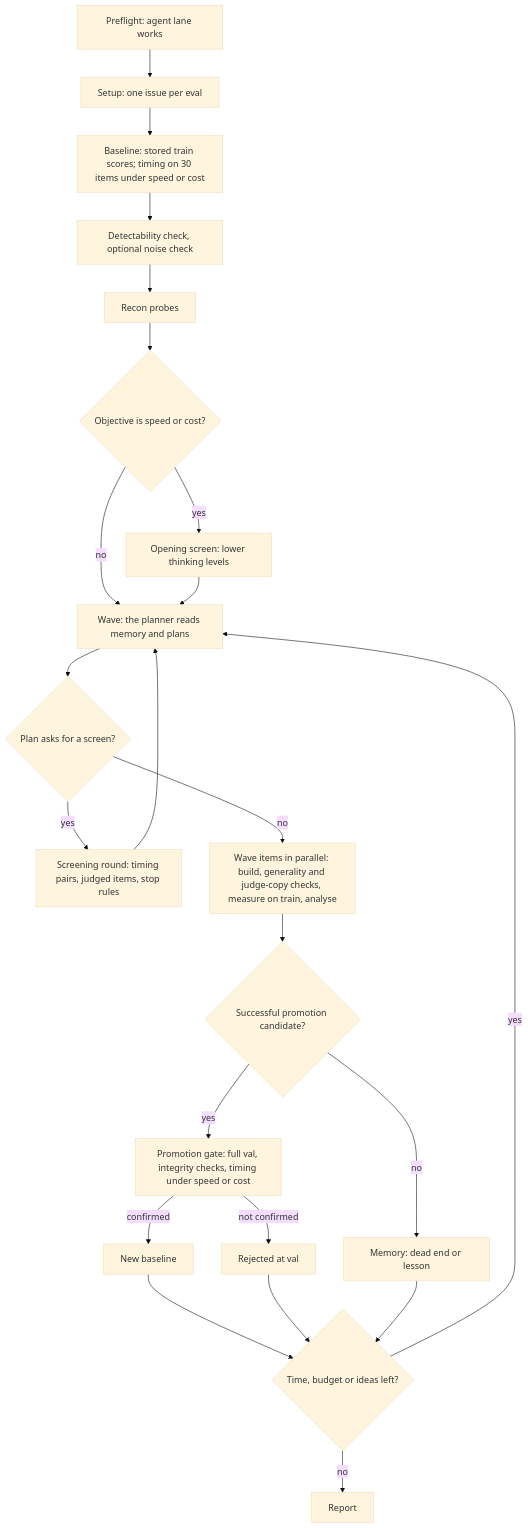
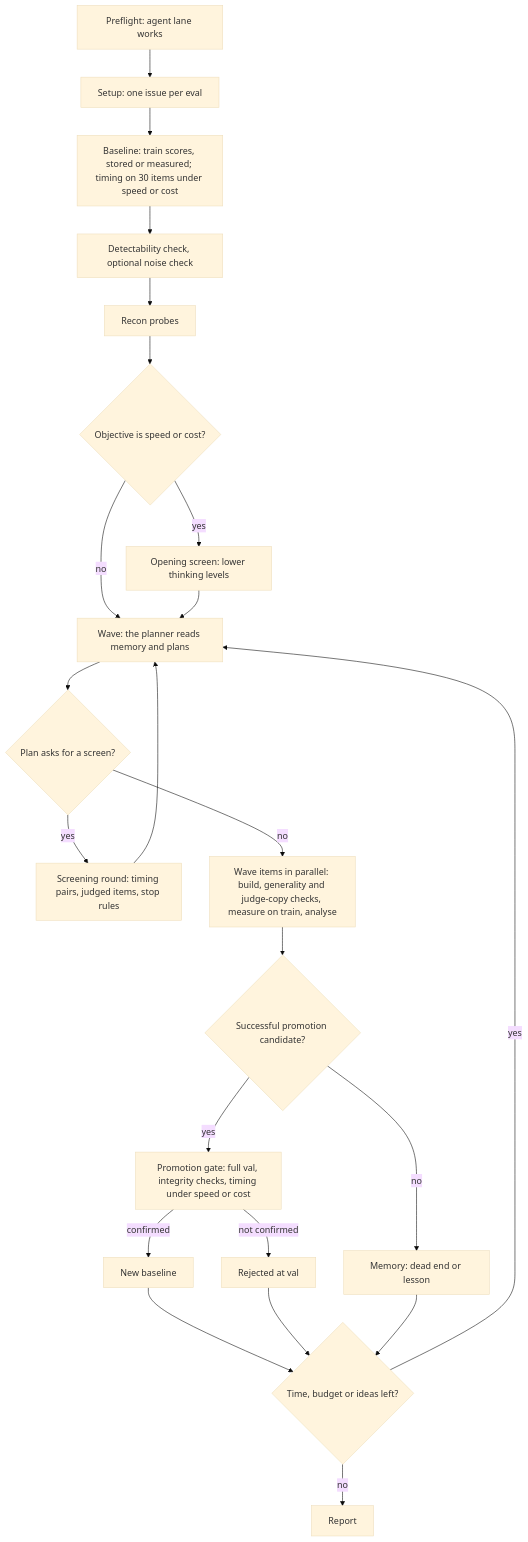
Before and after one commit to Kiln-AI/harness-tuner: the diagram in docs/how-it-works.md, drawn with Mermaid (base theme). The commit also changed other lines of this file and 18 other files, not shown here.

````diff
--- a/docs/how-it-works.md
+++ b/docs/how-it-works.md
@@ -72,25 +72,25 @@
 ```mermaid
 flowchart TD
     A[Preflight: agent lane works] --> B[Setup: one issue per eval]
-    B --> C[Baseline: stored train scores; timing on 30 items under speed or cost]
+    B --> C[Baseline: train scores, stored or measured; timing on 30 items under speed or cost]
     C --> D[Detectability check, optional noise check]
     D --> E[Recon probes]
     E --> F{"Objective is speed or cost?"}
     F -- yes --> G[Opening screen: lower thinking levels]
     F -- no --> H
     G --> H[Wave: the planner reads memory and plans]
     H --> I{"Plan asks for a screen?"}
     I -- yes --> J["Screening round: timing pairs, judged items, stop rules"]
     J --> H
     I -- no --> K["Wave items in parallel: build, generality and judge-copy checks, measure on train, analyse"]
     K --> L{"Successful promotion candidate?"}
     L -- yes --> M["Promotion gate: full val, integrity checks, timing under speed or cost"]
     M -- confirmed --> N[New baseline]
     M -- not confirmed --> O[Rejected at val]
     L -- no --> P[Memory: dead end or lesson]
     N --> Q{"Time, budget or ideas left?"}
     O --> Q
     P --> Q
     Q -- yes --> H
     Q -- no --> R[Report]
 ```
````
